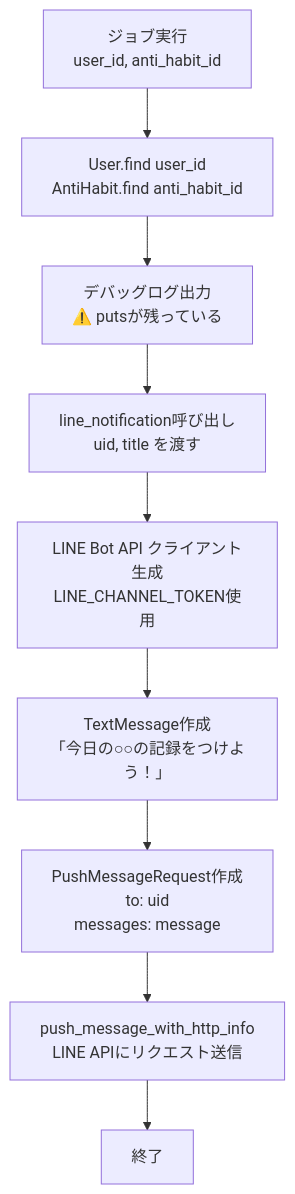
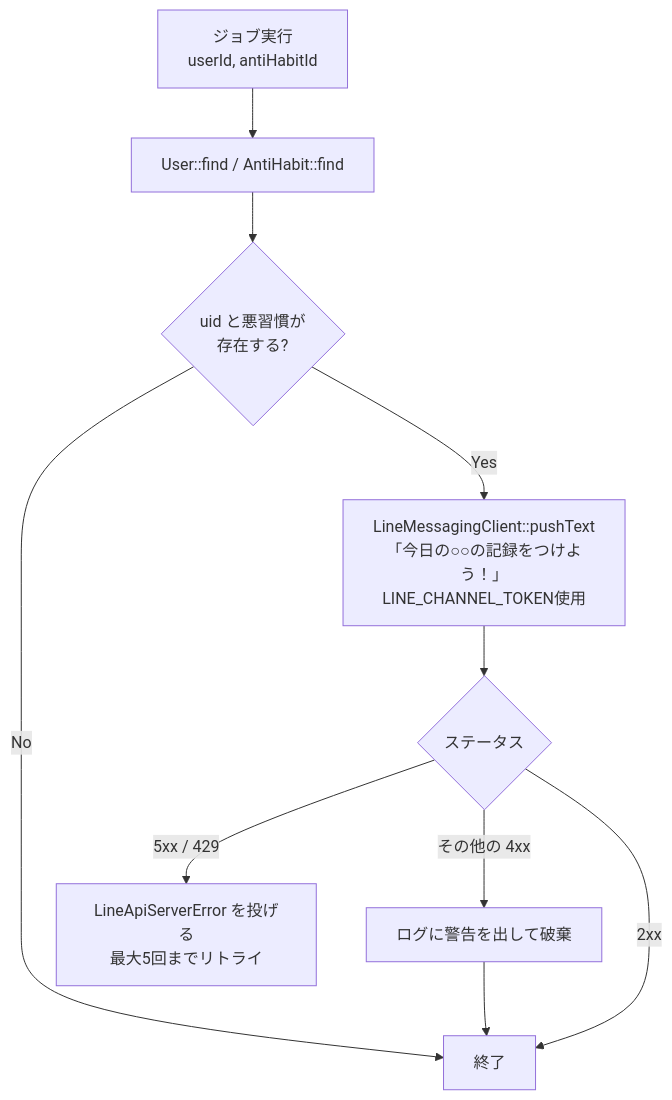
One commit to kamiyuu0/anti_habits changed the diagram in docs/notify_line_job_perform.md. Above: the diagram before and after it, drawn with Mermaid. The commit also changed other lines of this file and 397 other files, not shown here.

````diff
--- a/docs/notify_line_job_perform.md
+++ b/docs/notify_line_job_perform.md
@@ -7,18 +7,15 @@
 ```mermaid
 flowchart TD
-    A[ジョブ実行<br>user_id, anti_habit_id] --> B[User.find user_id<br>AntiHabit.find anti_habit_id]
+    A[ジョブ実行<br>userId, antiHabitId] --> B[User::find / AntiHabit::find]
 
-    B --> C["デバッグログ出力<br>⚠️ putsが残っている"]
+    B --> C{uid と悪習慣が<br>存在する?}
+    C -- No --> Z[終了]
 
-    C --> D[line_notification呼び出し<br>uid, title を渡す]
+    C -- Yes --> D["LineMessagingClient::pushText<br>「今日の○○の記録をつけよう！」<br>LINE_CHANNEL_TOKEN使用"]
 
-    D --> E[LINE Bot API クライアント生成<br>LINE_CHANNEL_TOKEN使用]
-
-    E --> F["TextMessage作成<br>「今日の○○の記録をつけよう！」"]
-
-    F --> G[PushMessageRequest作成<br>to: uid<br>messages: message]
-
-    G --> H[push_message_with_http_info<br>LINE APIにリクエスト送信]
-
-    H --> I[終了]
+    D --> E{ステータス}
+    E -- "5xx / 429" --> F[LineApiServerError を投げる<br>最大5回までリトライ]
+    E -- "その他の 4xx" --> G[ログに警告を出して破棄]
+    E -- "2xx" --> Z
+    G --> Z
 ```
````
